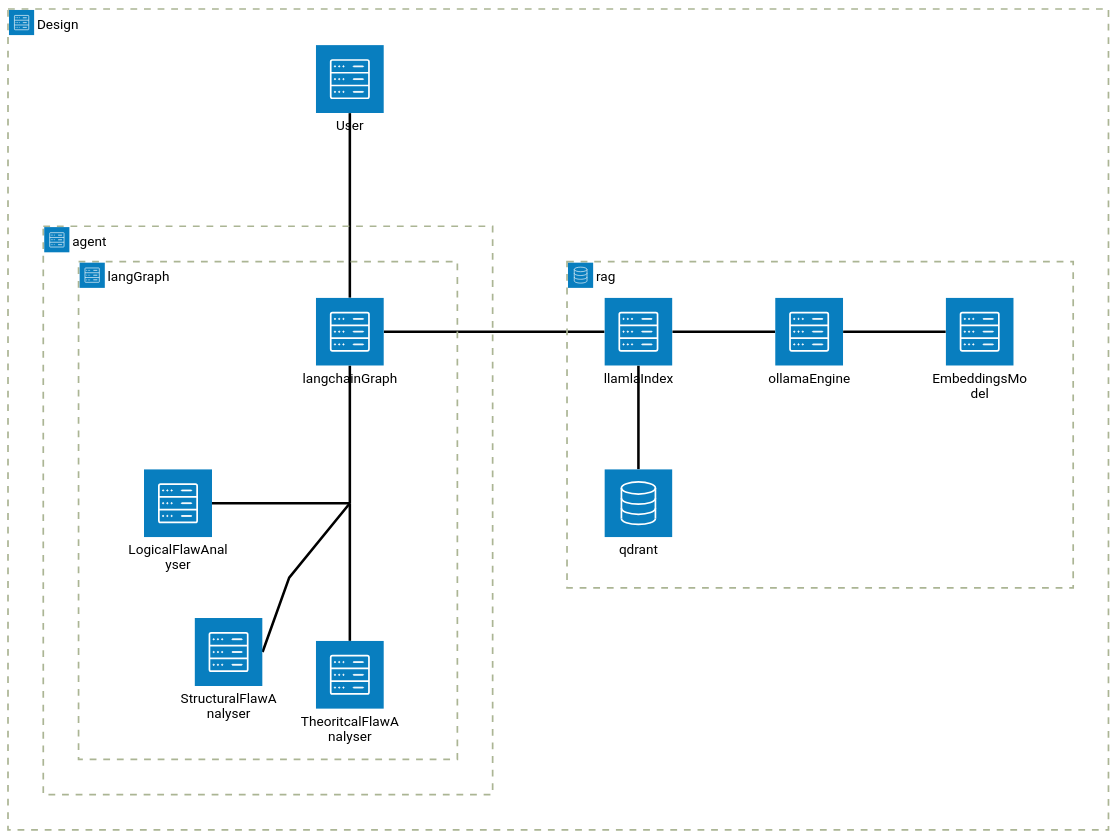
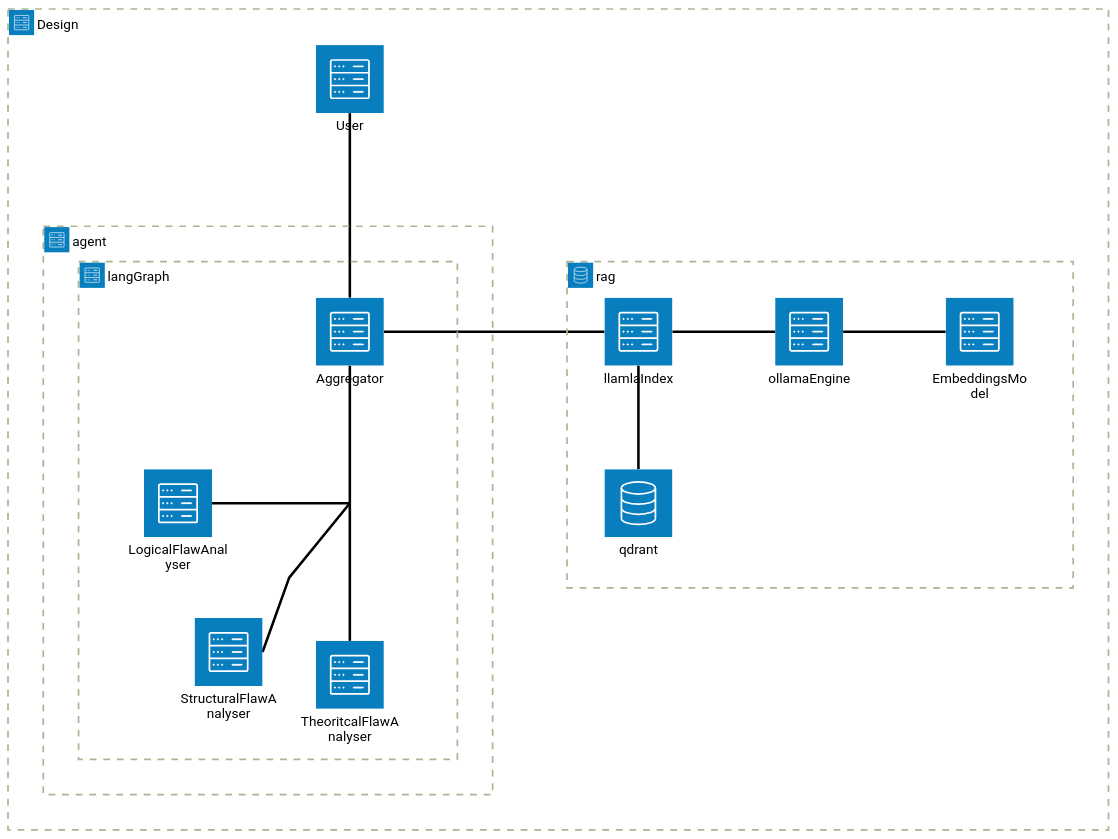
One commit to yankeygilbert/FLaap changed the diagram in README.md. Above: the diagram before and after it, drawn with Mermaid (forest theme). The commit also changed 2 other files, not shown here.

Commit message:
setting up configurations

````diff
--- a/README.md
+++ b/README.md
@@ -19,34 +19,34 @@
 ```mermaid
 
 architecture-beta
     group Architecture(server)[Design]
         service user(server)[User] in Architecture
         group ragArch(database)[rag] in Architecture
             service llama(server)[llamlaIndex] in ragArch
             service ollama(server)[ollamaEngine] in ragArch
             service qdrant(database)[qdrant] in ragArch
             service Model(server)[EmbeddingsModel] in ragArch
 
             ollama:L -- R:llama 
             llama:B -- T:qdrant
             ollama:R -- L:Model
 
         group tools(server)[agent] in Architecture
 
             group langGraph(server)[langGraph] in tools
                 service Struct(server)[StructuralFlawAnalyser] in langGraph
                 service logic(server)[LogicalFlawAnalyser] in langGraph
                 service  Hypo(server)[TheoritcalFlawAnalyser] in langGraph 
-                service Coordinator(server)[langchainGraph] in langGraph
+                service Coordinator(server)[Aggregator] in langGraph
                 junction junctionCenter in langGraph
 
                 Coordinator:B -- T:junctionCenter
                 Struct:R -- L:junctionCenter
                 logic:R -- L:junctionCenter
                 Hypo:T -- B:junctionCenter
 
         user:B -- T:Coordinator
         Coordinator:R -- L:llama
 
 
 ```
````
